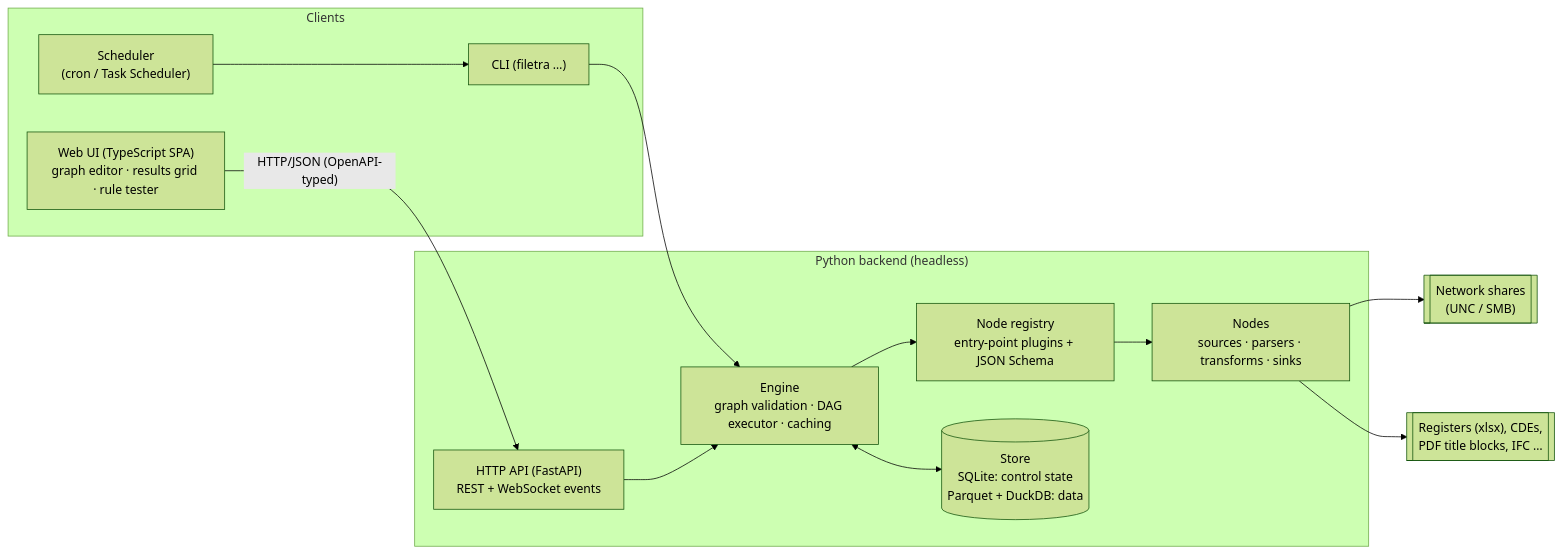
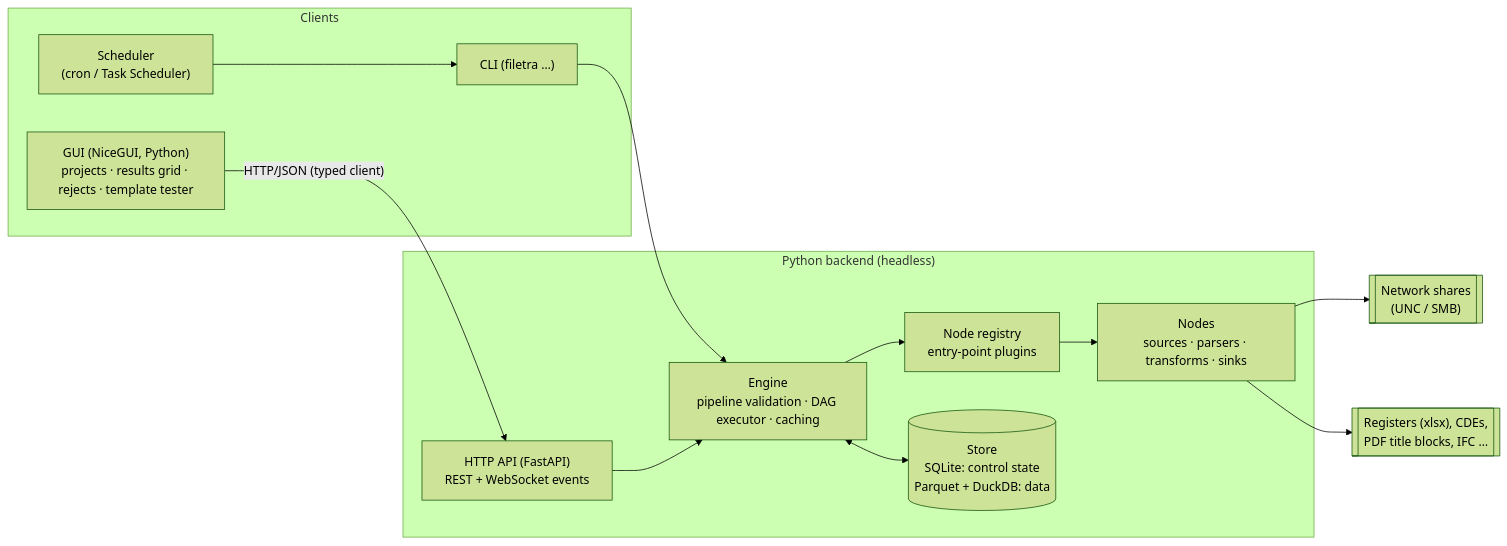
The diagram in docs/ARCHITECTURE.md (nameloCmaS/filetra), drawn with Mermaid (forest theme) before and after one commit. The commit also changed other lines of this file, not shown here.

First line of the commit message:
Drop visual programming; GUI moves to NiceGUI behind the HTTP API

````diff
--- a/docs/ARCHITECTURE.md
+++ b/docs/ARCHITECTURE.md
@@ -47,28 +48,28 @@
 ```mermaid
 flowchart LR
   subgraph Clients
-    WEB["Web UI (TypeScript SPA)<br/>graph editor · results grid · rule tester"]
+    GUI["GUI (NiceGUI, Python)<br/>projects · results grid · rejects · template tester"]
     CLI["CLI (filetra …)"]
     SCHED["Scheduler<br/>(cron / Task Scheduler)"]
   end
 
   subgraph Backend["Python backend (headless)"]
     API["HTTP API (FastAPI)<br/>REST + WebSocket events"]
-    ENGINE["Engine<br/>graph validation · DAG executor · caching"]
-    REG["Node registry<br/>entry-point plugins + JSON Schema"]
+    ENGINE["Engine<br/>pipeline validation · DAG executor · caching"]
+    REG["Node registry<br/>entry-point plugins"]
     NODES["Nodes<br/>sources · parsers · transforms · sinks"]
     STORE[("Store<br/>SQLite: control state<br/>Parquet + DuckDB: data")]
   end
 
   FS[["Network shares<br/>(UNC / SMB)"]]
   EXT[["Registers (xlsx), CDEs,<br/>PDF title blocks, IFC …"]]
 
-  WEB -- "HTTP/JSON (OpenAPI-typed)" --> API
+  GUI -- "HTTP/JSON (typed client)" --> API
   CLI --> ENGINE
   SCHED --> CLI
   API --> ENGINE
   ENGINE --> REG --> NODES
   ENGINE <--> STORE
   NODES --> FS
   NODES --> EXT
 ```
````
